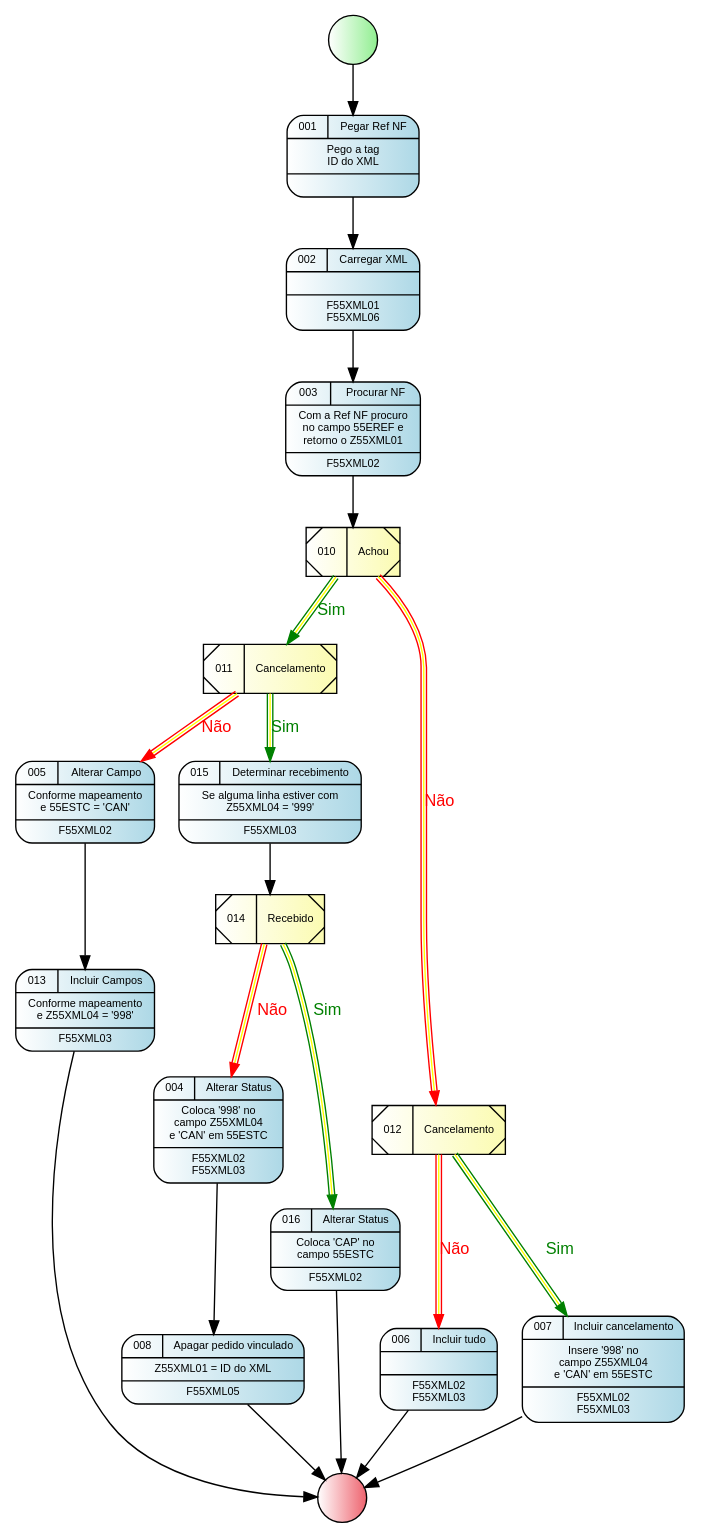
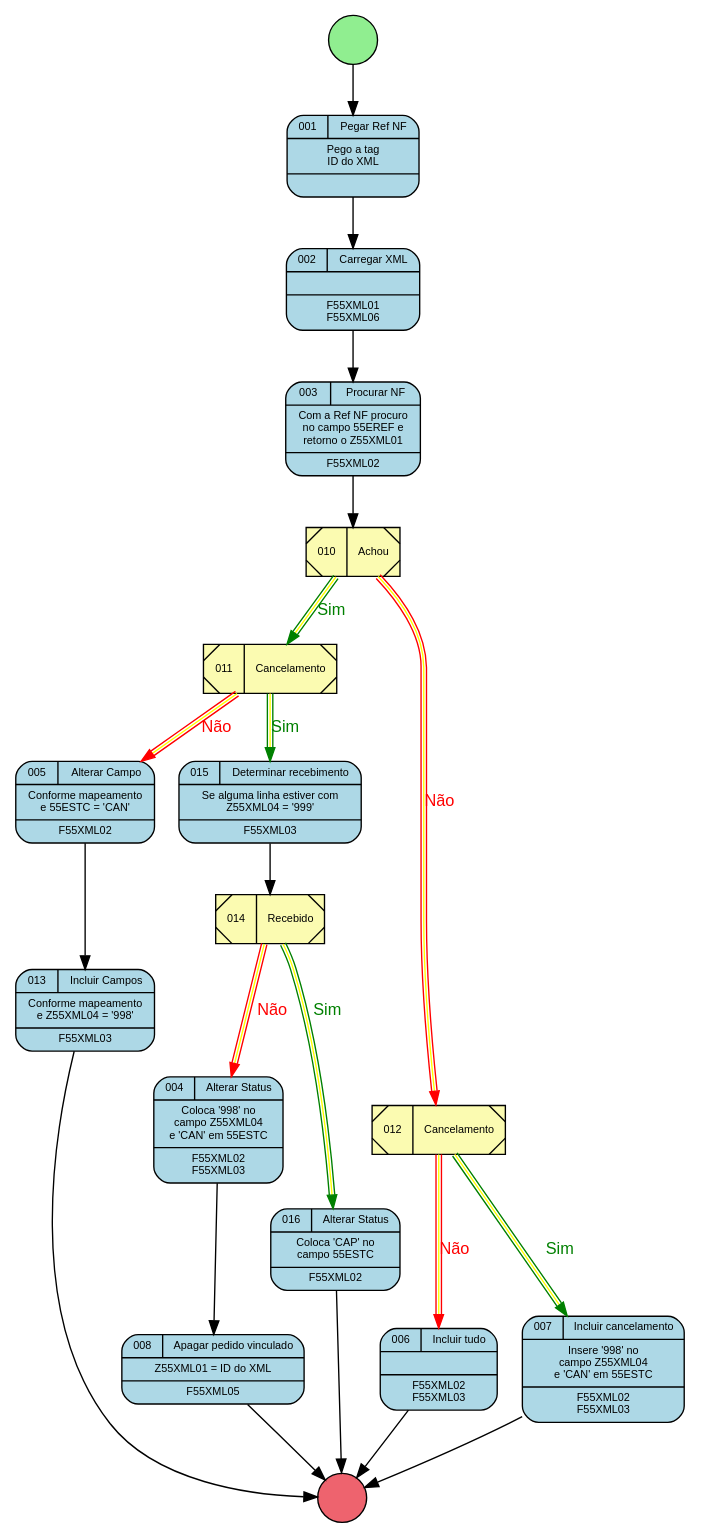
The diagram in XML Process.gv (GiovaniPM/Graphs), drawn with Graphviz before and after one commit. The commit also changed 2 other files, not shown here.

```diff
--- a/XML Process.gv
+++ b/XML Process.gv
@@ -1,154 +1,154 @@
 digraph R {
     nodeini [
                 shape=circle,
                 style="filled",
-                fillcolor="white:lightgreen",
+                fillcolor="lightgreen",
                 label=""
             ]
     node001 [
                 fontname = "Arial",
                 fontsize = 8,
                 shape=record,
                 style="rounded,filled",
-                fillcolor="white:lightblue"
+                fillcolor="lightblue"
                 label="{{001|Pegar Ref NF}|Pego a tag\n ID do XML|}"
             ]
     node002 [
                 fontname = "Arial",
                 fontsize = 8,
                 shape=record,
                 style="rounded,filled",
-                fillcolor="white:lightblue"
+                fillcolor="lightblue"
                 label="{{002|Carregar XML}||F55XML01\nF55XML06}"
             ]
     node003 [
                 fontname = "Arial",
                 fontsize = 8,
                 shape=record,
                 style="rounded,filled",
-                fillcolor="white:lightblue"
+                fillcolor="lightblue"
                 label="{{003|Procurar NF}|Com a Ref NF procuro\nno campo 55EREF e\nretorno o Z55XML01|F55XML02}"
             ]
     node004 [
                 fontname = "Arial",
                 fontsize = 8,
                 shape=record,
                 style="rounded,filled",
-                fillcolor="white:lightblue"
+                fillcolor="lightblue"
                 label="{{004|Alterar Status}|Coloca '998' no\ncampo Z55XML04\ne 'CAN' em 55ESTC|F55XML02\nF55XML03}"
             ]
     node005 [
                 fontname = "Arial",
                 fontsize = 8,
                 shape=record,
                 style="rounded,filled",
-                fillcolor="white:lightblue"
+                fillcolor="lightblue"
                 label="{{005|Alterar Campo}|Conforme mapeamento\ne 55ESTC = 'CAN'|F55XML02}"
             ]
     node006 [
                 fontname = "Arial",
                 fontsize = 8,
                 shape=record,
                 style="rounded,filled",
-                fillcolor="white:lightblue"
+                fillcolor="lightblue"
                 label="{{006|Incluir tudo}||F55XML02\nF55XML03}"
             ]
     node007 [
                 fontname = "Arial",
                 fontsize = 8,
                 shape=record,
                 style="rounded,filled",
-                fillcolor="white:lightblue"
+                fillcolor="lightblue"
                 label="{{007|Incluir cancelamento}|Insere '998' no\ncampo Z55XML04\ne 'CAN' em 55ESTC|F55XML02\nF55XML03}"
             ]
     node008 [
                 fontname = "Arial",
                 fontsize = 8,
                 shape=record,
                 style="rounded,filled",
-                fillcolor="white:lightblue"
+                fillcolor="lightblue"
                 label="{{008|Apagar pedido vinculado}|Z55XML01 = ID do XML|F55XML05}"
             ]
     node010 [
                 fontname = "Arial",
                 fontsize = 8,
                 shape=record,
                 style="diagonals,filled",
-                fillcolor="white:#fbfbb1"
+                fillcolor="#fbfbb1"
                 label="010|Achou"
             ]
     node011 [
                 fontname = "Arial",
                 fontsize = 8,
                 shape=record,
                 style="diagonals,filled",
-                fillcolor="white:#fbfbb1"
+                fillcolor="#fbfbb1"
                 label="011|Cancelamento"
             ]
     node012 [
                 fontname = "Arial",
                 fontsize = 8,
                 shape=record,
                 style="diagonals,filled",
-                fillcolor="white:#fbfbb1"
+                fillcolor="#fbfbb1"
                 label="012|Cancelamento"
             ]
     node013 [
                 fontname = "Arial",
                 fontsize = 8,
                 shape=record,
                 style="rounded,filled",
-                fillcolor="white:lightblue"
+                fillcolor="lightblue"
                 label="{{013|Incluir Campos}|Conforme mapeamento\ne Z55XML04 = '998'|F55XML03}"
             ]
     node014 [
                 fontname = "Arial",
                 fontsize = 8,
                 shape=record,
                 style="diagonals,filled",
-                fillcolor="white:#fbfbb1"
+                fillcolor="#fbfbb1"
                 label="014|Recebido"
             ]
     node015 [
                 fontname = "Arial",
                 fontsize = 8,
                 shape=record,
                 style="rounded,filled",
-                fillcolor="white:lightblue"
+                fillcolor="lightblue"
                 label="{{015|Determinar recebimento}|Se alguma linha estiver com\nZ55XML04 = '999'|F55XML03}"
             ]
     node016 [
                 fontname = "Arial",
                 fontsize = 8,
                 shape=record,
                 style="rounded,filled",
-                fillcolor="white:lightblue"
+                fillcolor="lightblue"
                 label="{{016|Alterar Status}|Coloca 'CAP' no\ncampo 55ESTC|F55XML02}"
             ]
     nodefin [
                 shape=circle,
                 style="filled",
-                fillcolor="white:#ee636e",
+                fillcolor="#ee636e",
                 label=""
             ]
     nodeini -> node001
     node001 -> node002
     node002 -> node003
     node003 -> node010
     node010 -> node011 [fontname = "Arial", fontsize = 12, fontcolor="green", color="green:yellow:green", label="Sim"]
     node010 -> node012 [fontname = "Arial", fontsize = 12, fontcolor="red", color="red:yellow:red", label="Não"]
     node011 -> node015 [fontname = "Arial", fontsize = 12, fontcolor="green", color="green:yellow:green", label="Sim"]
     node011 -> node005 [fontname = "Arial", fontsize = 12, fontcolor="red", color="red:yellow:red", label="Não"]
     node004 -> node008
     node012 -> node007 [fontname = "Arial", fontsize = 12, fontcolor="green", color="green:yellow:green", label="Sim"]
     node012 -> node006 [fontname = "Arial", fontsize = 12, fontcolor="red", color="red:yellow:red", label="Não"]
     node005 -> node013
     node015 -> node014
     node014 -> node016 [fontname = "Arial", fontsize = 12, fontcolor="green", color="green:yellow:green", label="Sim"]
     node014 -> node004 [fontname = "Arial", fontsize = 12, fontcolor="red", color="red:yellow:red", label="Não"]
     node013 -> nodefin
     node008 -> nodefin
     node006 -> nodefin
     node016 -> nodefin
     node007 -> nodefin
 }
```
